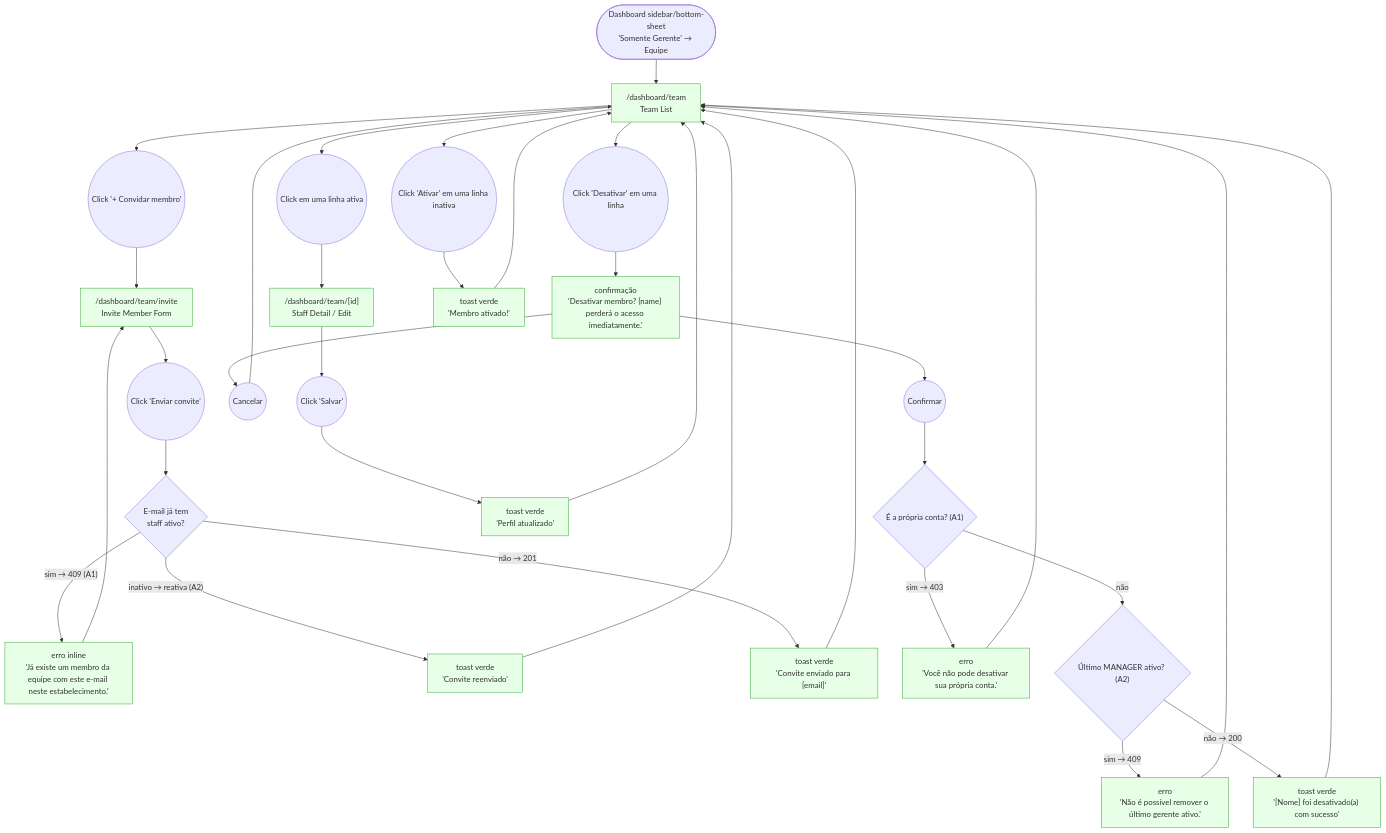
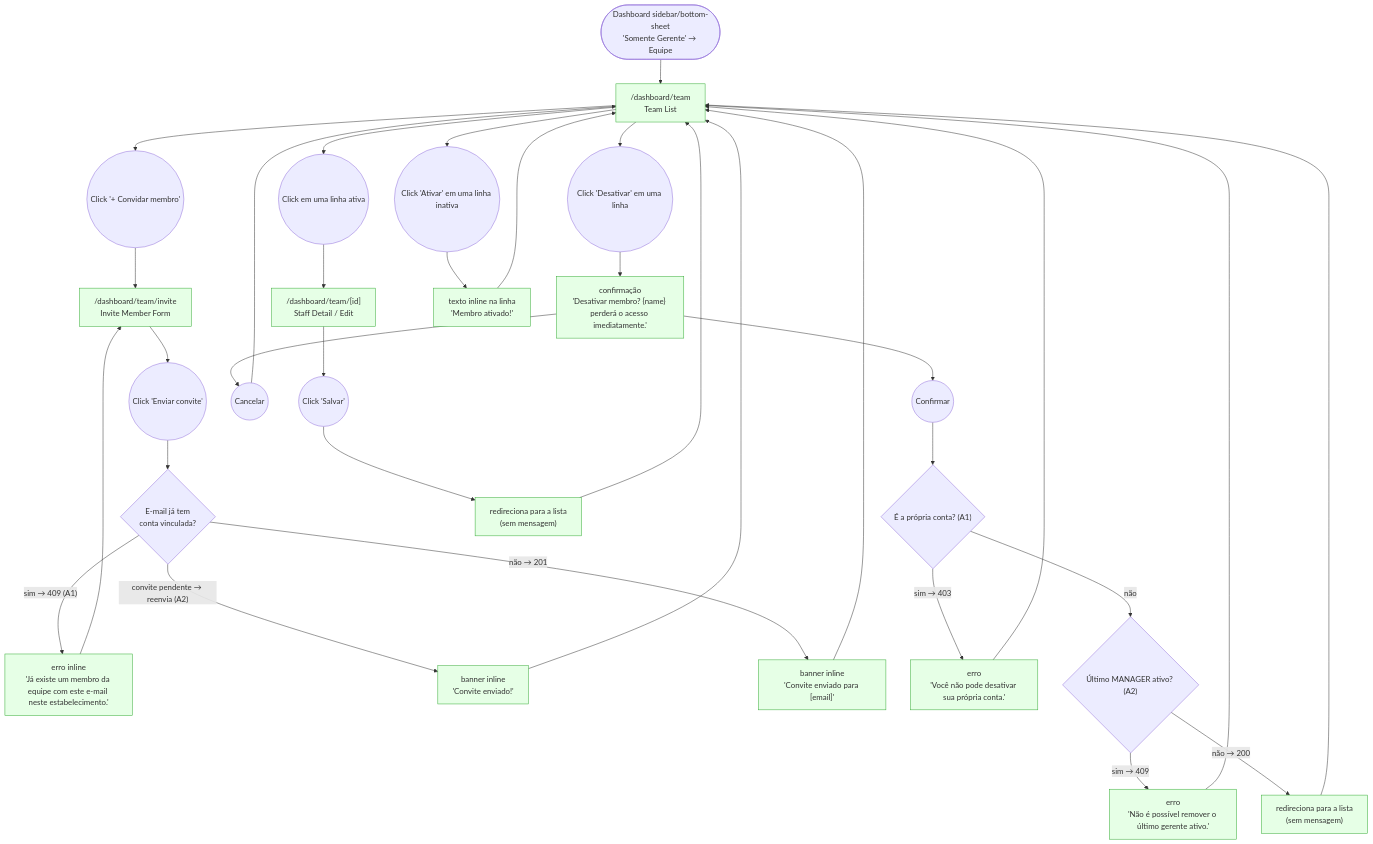
The diagram in journeys/manager/equipe.md (lmmoreira/ikaro), drawn with Mermaid before and after one commit. The commit also changed other lines of this file and 242 other files, not shown here.

````diff
--- a/journeys/manager/equipe.md
+++ b/journeys/manager/equipe.md
@@ -10,49 +10,49 @@
 ```mermaid
 flowchart TD
     classDef existing fill:#e6ffe6,stroke:#3a3
     classDef gap stroke:#f00,stroke-dasharray: 5 5,fill:#fee
 
     Start(["Dashboard sidebar/bottom-sheet<br/>'Somente Gerente' → Equipe"]) --> List["/dashboard/team<br/>Team List"]
 
     List --> InviteBtn(("Click '+ Convidar membro'"))
     List --> DeactivateBtn(("Click 'Desativar' em uma linha"))
 
     %% UC-028 — Invite
     InviteBtn --> InviteForm["/dashboard/team/invite<br/>Invite Member Form"]
     InviteForm --> InviteSubmit(("Click 'Enviar convite'"))
-    InviteSubmit --> EmailCheck{"E-mail já tem<br/>staff ativo?"}
+    InviteSubmit --> EmailCheck{"E-mail já tem<br/>conta vinculada?"}
     EmailCheck -- "sim → 409 (A1)" --> EmailError["erro inline<br/>'Já existe um membro da equipe com este e-mail neste estabelecimento.'"]
     EmailError --> InviteForm
-    EmailCheck -- "inativo → reativa (A2)" --> ReactivateSuccess["toast verde<br/>'Convite reenviado'"]
-    EmailCheck -- "não → 201" --> InviteSuccess["toast verde<br/>'Convite enviado para [email]'"]
+    EmailCheck -- "convite pendente → reenvia (A2)" --> ReactivateSuccess["banner inline<br/>'Convite enviado!'"]
+    EmailCheck -- "não → 201" --> InviteSuccess["banner inline<br/>'Convite enviado para [email]'"]
     ReactivateSuccess --> List
     InviteSuccess --> List
 
     %% UC-029 — Deactivate
     DeactivateBtn --> DeactivateConfirm["confirmação<br/>'Desativar membro? {name} perderá o acesso imediatamente.'"]
     DeactivateConfirm --> ConfirmYes(("Confirmar"))
     DeactivateConfirm --> ConfirmNo(("Cancelar"))
     ConfirmNo --> List
     ConfirmYes --> SelfCheck{"É a própria conta? (A1)"}
     SelfCheck -- "sim → 403" --> SelfError["erro<br/>'Você não pode desativar sua própria conta.'"]
     SelfCheck -- "não" --> LastManagerCheck{"Último MANAGER ativo? (A2)"}
     LastManagerCheck -- "sim → 409" --> LastManagerError["erro<br/>'Não é possível remover o último gerente ativo.'"]
-    LastManagerCheck -- "não → 200" --> DeactivateSuccess["toast verde<br/>'[Nome] foi desativado(a) com sucesso'"]
+    LastManagerCheck -- "não → 200" --> DeactivateSuccess["redireciona para a lista<br/>(sem mensagem)"]
     SelfError --> List
     LastManagerError --> List
     DeactivateSuccess --> List
 
     %% UC-030 — Edit profile
     List --> RowClick(("Click em uma linha ativa"))
     RowClick --> EditDetail["/dashboard/team/[id]<br/>Staff Detail / Edit"]
     EditDetail --> EditSubmit(("Click 'Salvar'"))
-    EditSubmit --> EditSuccess["toast verde<br/>'Perfil atualizado'"]
+    EditSubmit --> EditSuccess["redireciona para a lista<br/>(sem mensagem)"]
     EditSuccess --> List
 
     %% UC-031 — Reactivate
     List --> ActivateBtn(("Click 'Ativar' em uma linha inativa"))
-    ActivateBtn --> ActivateSuccess["toast verde<br/>'Membro ativado!'"]
+    ActivateBtn --> ActivateSuccess["texto inline na linha<br/>'Membro ativado!'"]
     ActivateSuccess --> List
 
     class List,InviteForm,EmailError,ReactivateSuccess,InviteSuccess,DeactivateConfirm,SelfError,LastManagerError,DeactivateSuccess,EditDetail,EditSuccess,ActivateSuccess existing
 ```
````
